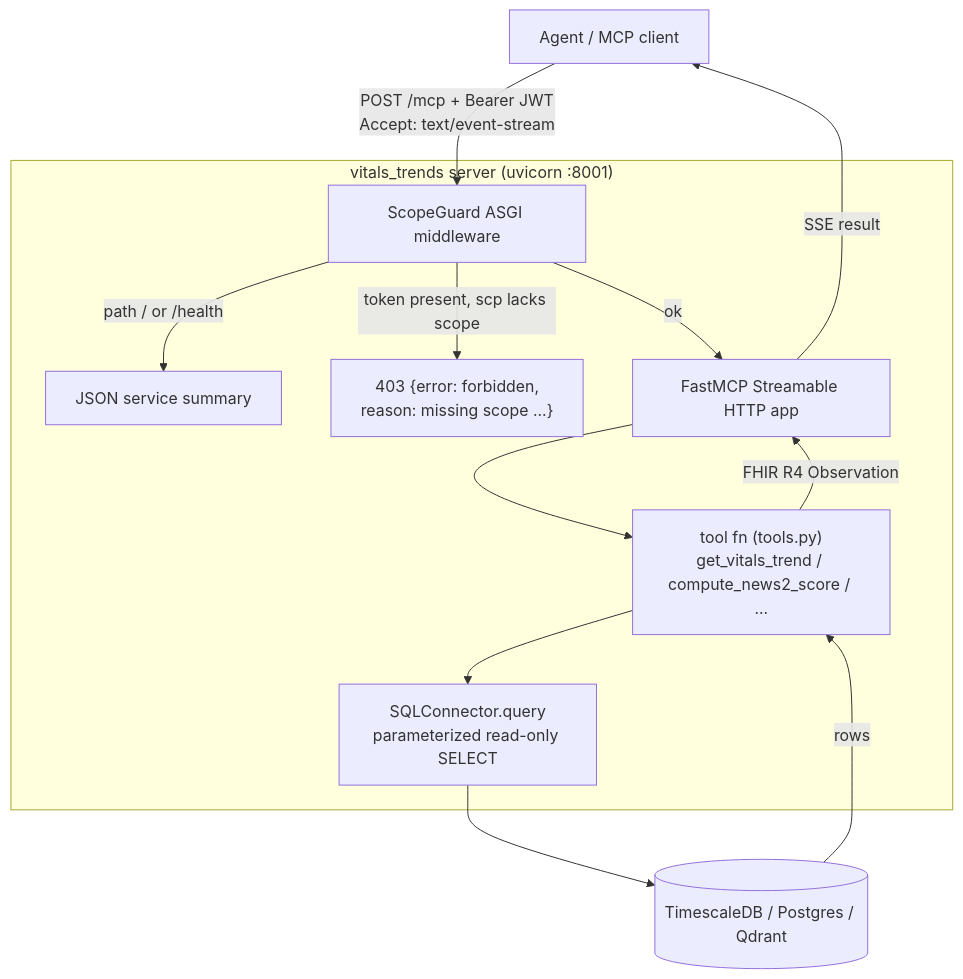
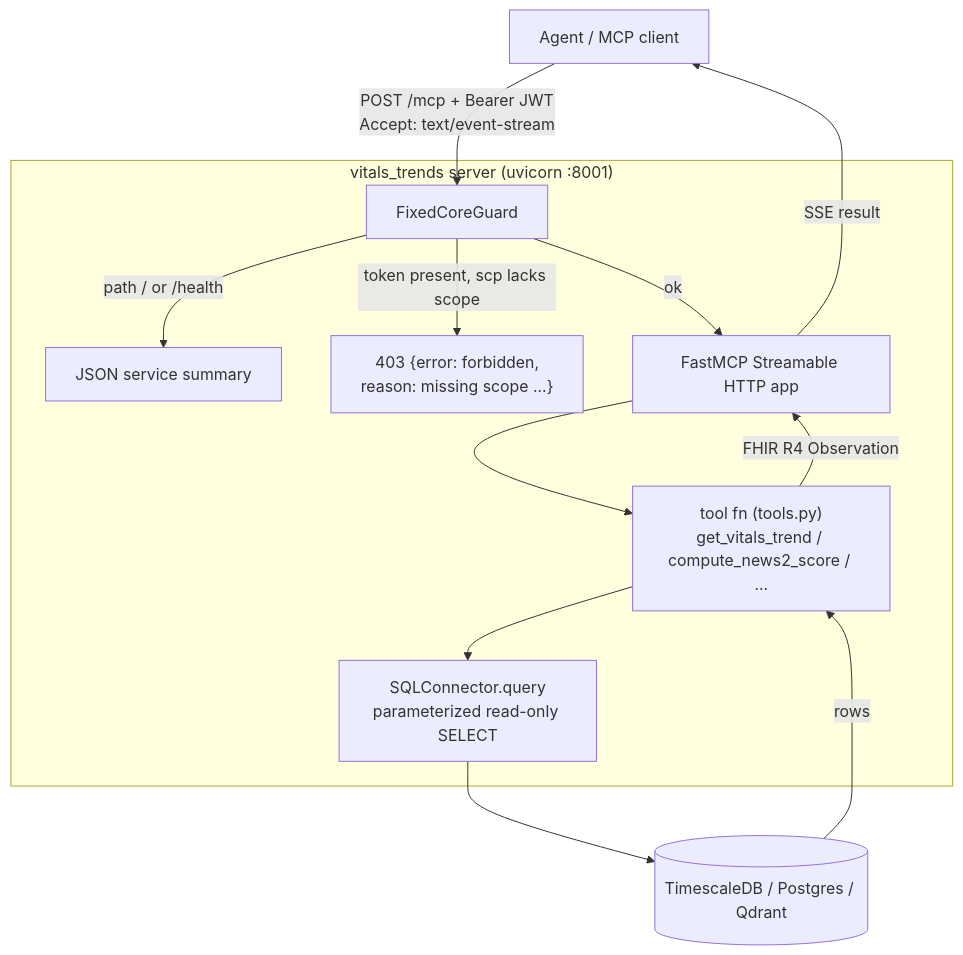
One commit to aakash-p-s/MCP-Data-Factory changed the diagram in docs/MCP_SERVERS.md. Above: the diagram before and after it, drawn with Mermaid. The commit also changed other lines of this file and 48 other files, not shown here.

````diff
--- a/docs/MCP_SERVERS.md
+++ b/docs/MCP_SERVERS.md
@@ -59,17 +63,17 @@
 ```mermaid
 flowchart TB
     A[Agent / MCP client] -->|POST /mcp + Bearer JWT<br/>Accept: text/event-stream| G
 
     subgraph SERVER["vitals_trends server (uvicorn :8001)"]
-        G[ScopeGuard ASGI middleware] -->|path / or /health| H[JSON service summary]
+        G[FixedCoreGuard] -->|path / or /health| H[JSON service summary]
         G -->|token present, scp lacks scope| D["403 {error: forbidden,<br/>reason: missing scope ...}"]
         G -->|ok| M[FastMCP Streamable HTTP app]
         M --> T["tool fn (tools.py)<br/>get_vitals_trend / compute_news2_score / ..."]
         T --> C[SQLConnector.query<br/>parameterized read-only SELECT]
     end
 
     C --> DB[(TimescaleDB / Postgres / Qdrant)]
     DB -->|rows| T
     T -->|FHIR R4 Observation| M
     M -->|SSE result| A
 ```
````
